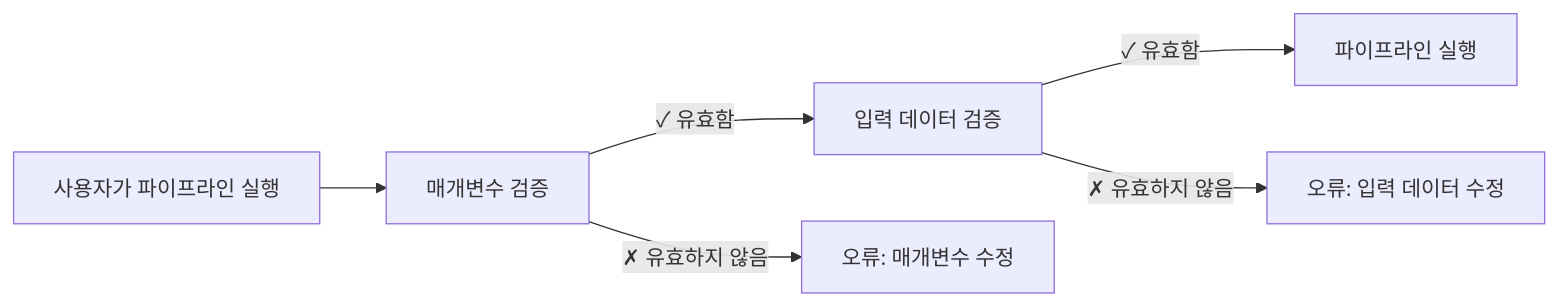
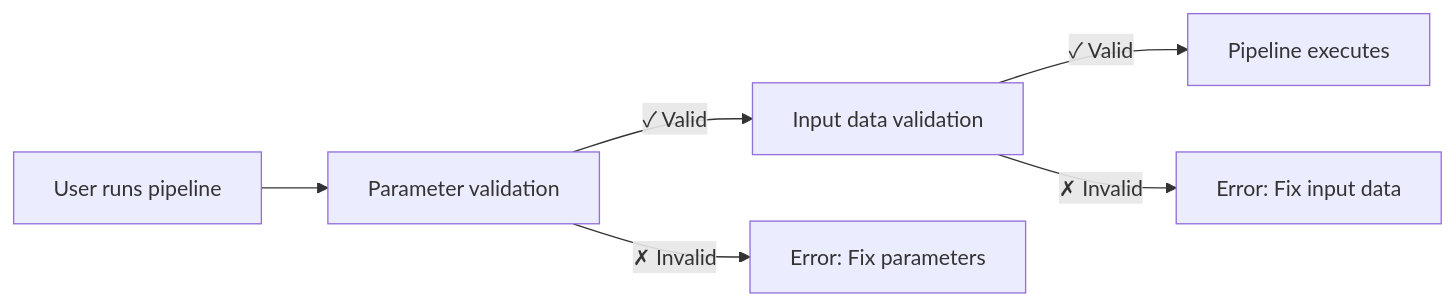
One commit to GrootJ/nextflow_training changed the diagram in docs/ko/docs/hello_nf-core/05_input_validation.md. Above: the diagram before and after it, drawn with Mermaid. The commit also changed other lines of this file and 90 other files, not shown here.

````diff
--- a/docs/ko/docs/hello_nf-core/05_input_validation.md
+++ b/docs/ko/docs/hello_nf-core/05_input_validation.md
@@ -126,8 +126,8 @@
 ```mermaid
 graph LR
-    A[사용자가 파이프라인 실행] --> B[매개변수 검증]
-    B -->|✓ 유효함| C[입력 데이터 검증]
-    B -->|✗ 유효하지 않음| D[오류: 매개변수 수정]
-    C -->|✓ 유효함| E[파이프라인 실행]
-    C -->|✗ 유효하지 않음| F[오류: 입력 데이터 수정]
+    A[User runs pipeline] --> B[Parameter validation]
+    B -->|✓ Valid| C[Input data validation]
+    B -->|✗ Invalid| D[Error: Fix parameters]
+    C -->|✓ Valid| E[Pipeline executes]
+    C -->|✗ Invalid| F[Error: Fix input data]
 ```
````
